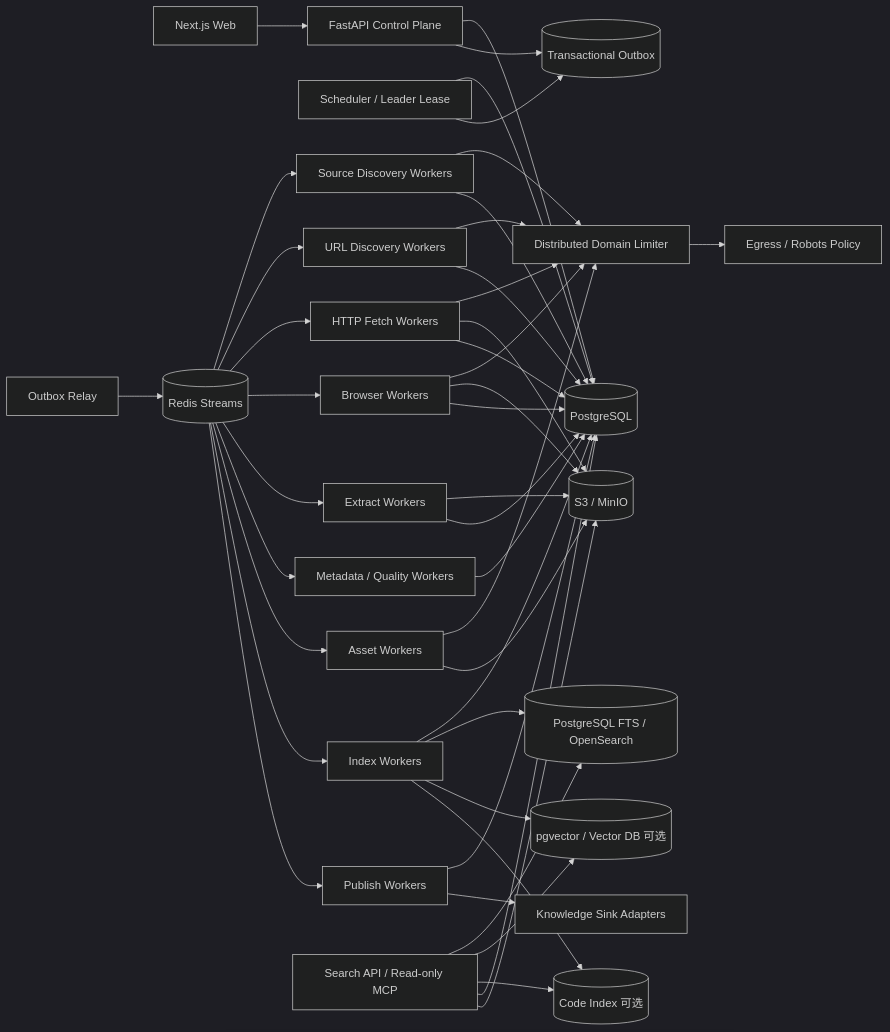
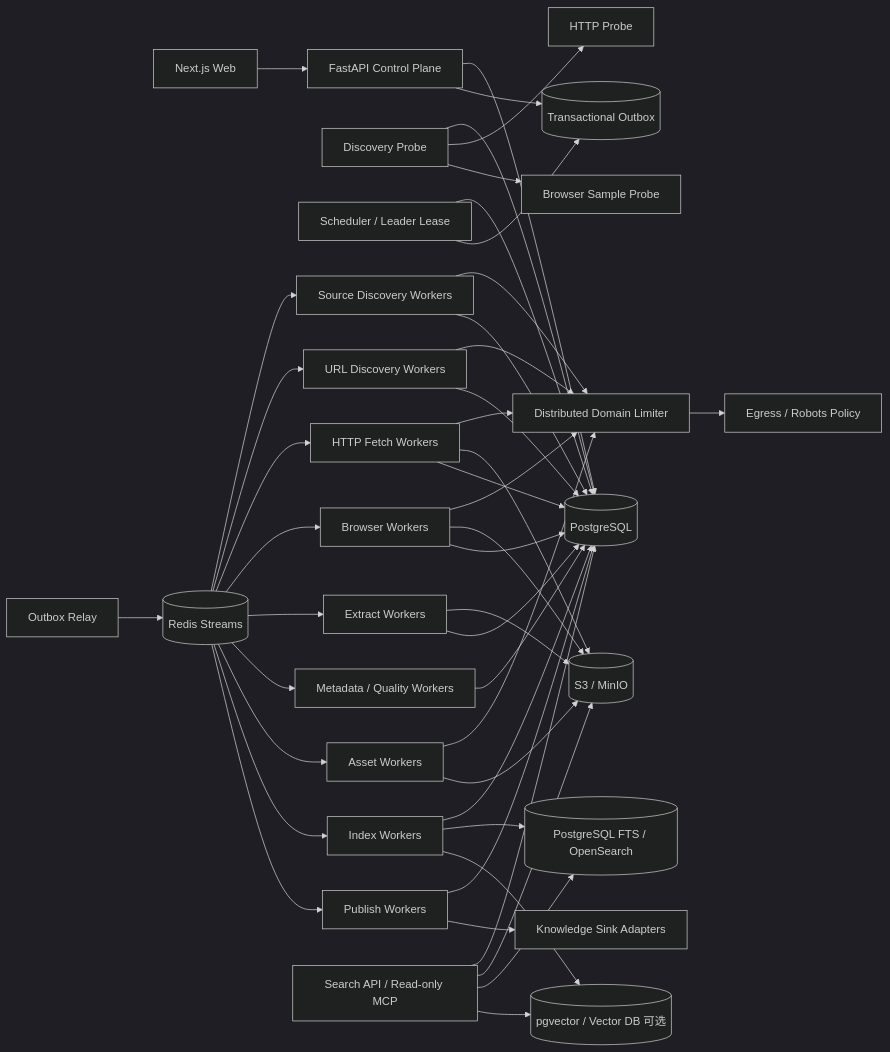
Before and after one commit to WorkerXu/my-doc: the diagram in 博客知识库技术方案.md, drawn with Mermaid (dark theme). The commit also changed other lines of this file, not shown here.

````diff
--- a/博客知识库技术方案.md
+++ b/博客知识库技术方案.md
@@ -84,52 +73,55 @@
 ```mermaid
 flowchart LR
     UI[Next.js Web] --> API[FastAPI Control Plane]
     API --> PG[(PostgreSQL)]
     API --> OUT[(Transactional Outbox)]
+
+    PROBE[Discovery Probe] --> PG
+    PROBE --> HTTP[HTTP Probe]
+    PROBE --> BPROBE[Browser Sample Probe]
+
     SCHED[Scheduler / Leader Lease] --> PG
     SCHED --> OUT
     RELAY[Outbox Relay] --> Q[(Redis Streams)]
 
     Q --> SD[Source Discovery Workers]
     Q --> UD[URL Discovery Workers]
     Q --> HF[HTTP Fetch Workers]
     Q --> BF[Browser Workers]
     Q --> EX[Extract Workers]
     Q --> MQ[Metadata / Quality Workers]
     Q --> AS[Asset Workers]
     Q --> IX[Index Workers]
     Q --> PW[Publish Workers]
 
     SD --> LIM[Distributed Domain Limiter]
     UD --> LIM
     HF --> LIM
     BF --> LIM
     AS --> LIM
     LIM --> EG[Egress / Robots Policy]
 
     HF --> OBJ[(S3 / MinIO)]
     BF --> OBJ
     EX --> OBJ
     AS --> OBJ
 
     SD --> PG
     UD --> PG
     HF --> PG
     BF --> PG
     EX --> PG
     MQ --> PG
     IX --> PG
     PW --> PG
 
     IX --> LEX[(PostgreSQL FTS / OpenSearch)]
     IX --> VEC[(pgvector / Vector DB 可选)]
-    IX --> CODE[(Code Index 可选)]
 
-    SEARCH[Search API / Read-only MCP] --> LEX
+    SEARCH[Search API / Read-only MCP] --> PG
+    SEARCH --> OBJ
+    SEARCH --> LEX
     SEARCH --> VEC
-    SEARCH --> CODE
-    SEARCH --> PG
-    SEARCH --> OBJ
 
     PW --> SINK[Knowledge Sink Adapters]
 ```
````
